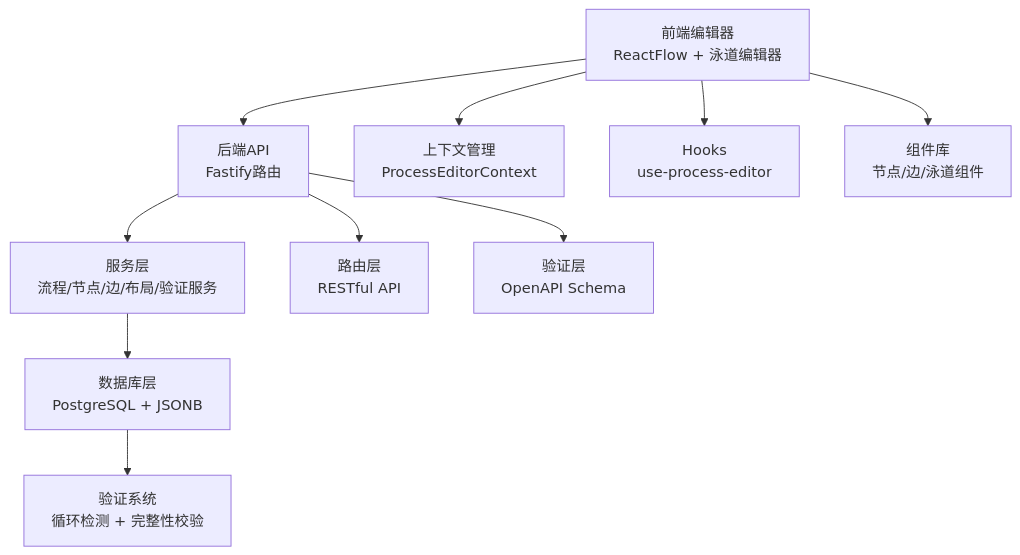
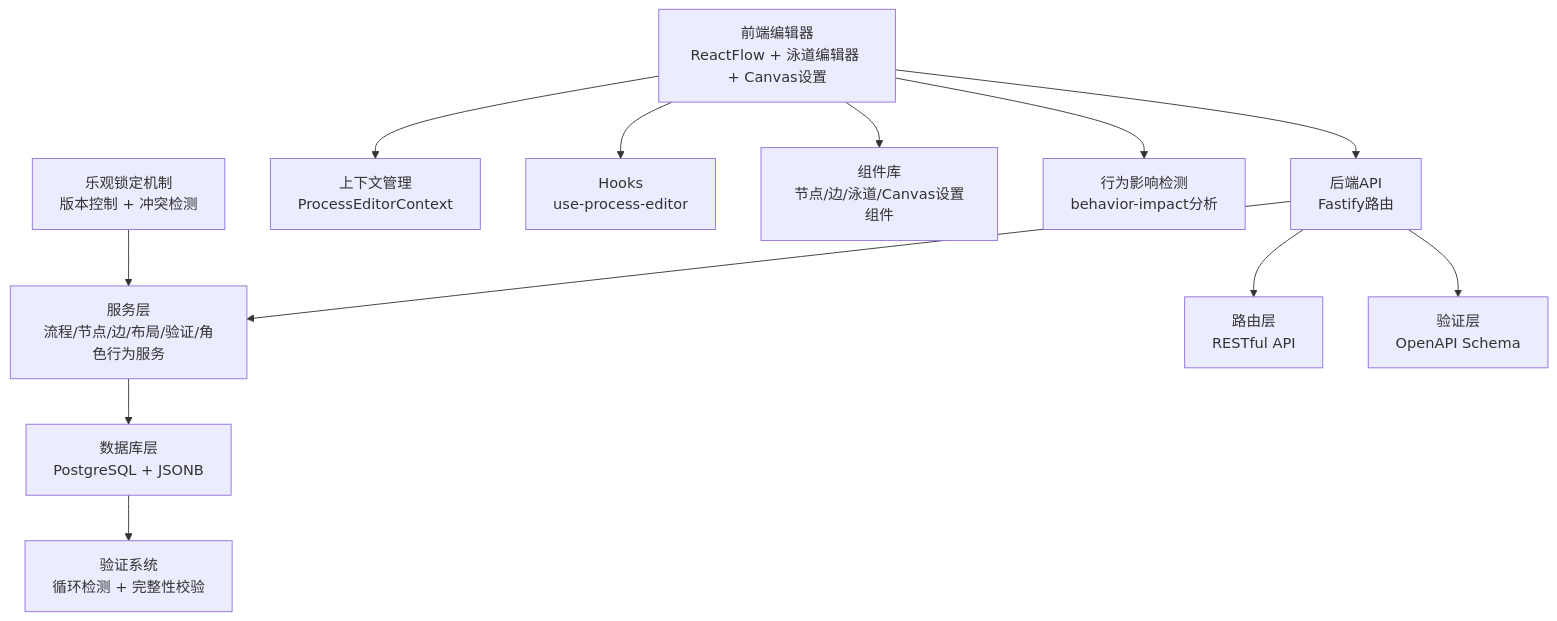
One commit to kai-cui1/ai-prototype-manager changed the second of 10 diagrams in .qoder/repowiki/zh/content/核心模块/业务流程管理模块.md. Above: the diagram before and after it, drawn with Mermaid. The commit also changed other lines of this file and 114 other files, not shown here.

First line of the commit message:
docs: 路线图/AGENTS/知识库同步 + 系统架构图

````diff
--- a/.qoder/repowiki/zh/content/核心模块/业务流程管理模块.md
+++ b/.qoder/repowiki/zh/content/核心模块/业务流程管理模块.md
@@ -155,12 +179,14 @@
 ```mermaid
 graph TB
-UI["前端编辑器<br/>ReactFlow + 泳道编辑器"] --> API["后端API<br/>Fastify路由"]
-API --> SVC["服务层<br/>流程/节点/边/布局/验证服务"]
+UI["前端编辑器<br/>ReactFlow + 泳道编辑器 + Canvas设置"] --> API["后端API<br/>Fastify路由"]
+API --> SVC["服务层<br/>流程/节点/边/布局/验证/角色行为服务"]
 SVC --> DB["数据库层<br/>PostgreSQL + JSONB"]
 DB --> VALID["验证系统<br/>循环检测 + 完整性校验"]
 UI --> CONTEXT["上下文管理<br/>ProcessEditorContext"]
 UI --> HOOKS["Hooks<br/>use-process-editor"]
-UI --> COMPONENTS["组件库<br/>节点/边/泳道组件"]
+UI --> COMPONENTS["组件库<br/>节点/边/泳道/Canvas设置组件"]
+UI --> IMPACT["行为影响检测<br/>behavior-impact分析"]
 API --> ROUTES["路由层<br/>RESTful API"]
 API --> SCHEMA["验证层<br/>OpenAPI Schema"]
+OPTIMISTIC["乐观锁定机制<br/>版本控制 + 冲突检测"] --> SVC
 ```
````
